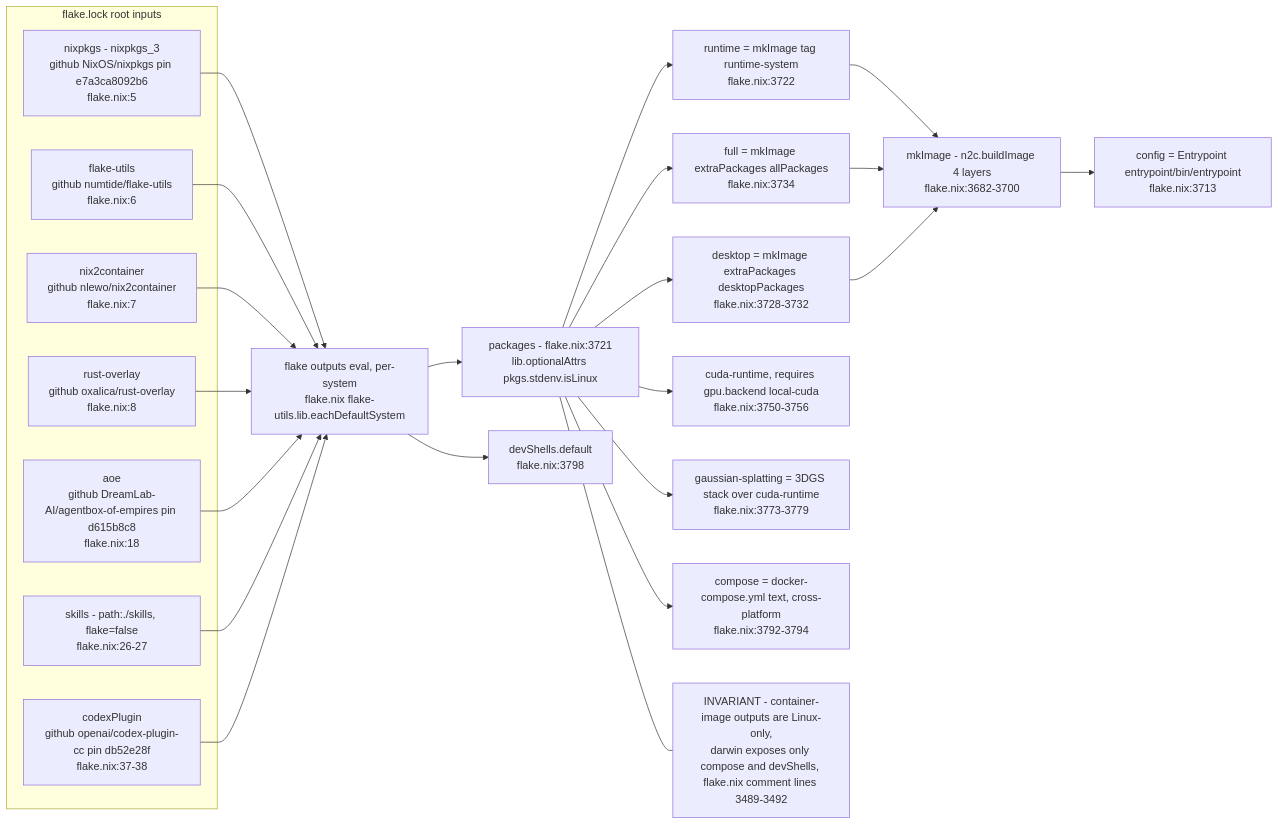
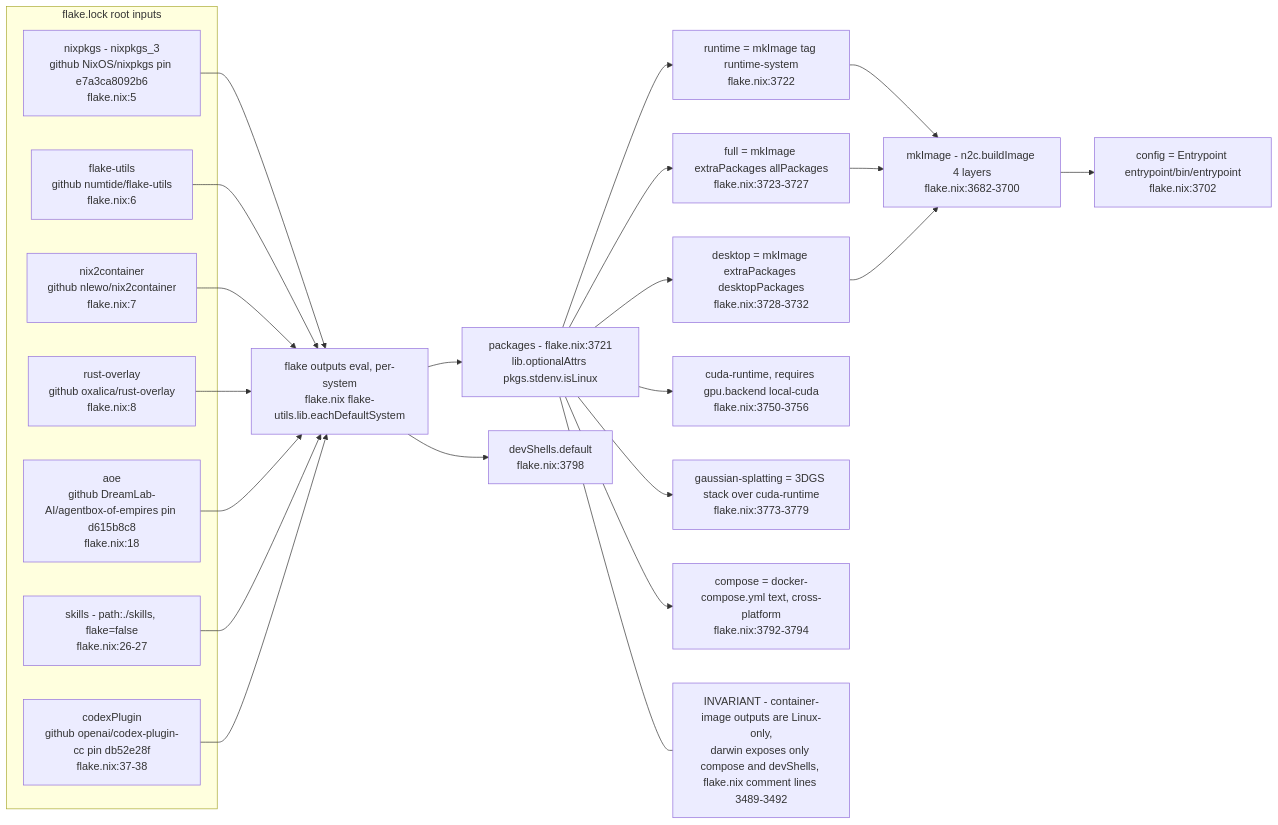
One commit to DreamLab-AI/VisionFlow changed the ninth of 11 diagrams in docs/diagrams/agentbox/01-nix-flake-composition.md. Above: the diagram before and after it, drawn with Mermaid. The commit also changed other lines of this file and 25 other files, not shown here.

````diff
--- a/docs/diagrams/agentbox/01-nix-flake-composition.md
+++ b/docs/diagrams/agentbox/01-nix-flake-composition.md
@@ -361,39 +361,39 @@
 ```mermaid
 flowchart LR
     subgraph INPUTS["flake.lock root inputs"]
         NIXPKGS["nixpkgs - nixpkgs_3<br/>github NixOS/nixpkgs pin e7a3ca8092b6<br/>flake.nix:5"]
         FU["flake-utils<br/>github numtide/flake-utils<br/>flake.nix:6"]
         N2C["nix2container<br/>github nlewo/nix2container<br/>flake.nix:7"]
         RO["rust-overlay<br/>github oxalica/rust-overlay<br/>flake.nix:8"]
         AOE["aoe<br/>github DreamLab-AI/agentbox-of-empires pin d615b8c8<br/>flake.nix:18"]
         SKILLS["skills - path:./skills, flake=false<br/>flake.nix:26-27"]
         CODEX["codexPlugin<br/>github openai/codex-plugin-cc pin db52e28f<br/>flake.nix:37-38"]
     end
 
     NIXPKGS --> EVAL["flake outputs eval, per-system<br/>flake.nix flake-utils.lib.eachDefaultSystem"]
     FU --> EVAL
     N2C --> EVAL
     RO --> EVAL
     AOE --> EVAL
     SKILLS --> EVAL
     CODEX --> EVAL
 
     EVAL --> PACKAGES["packages - flake.nix:3721<br/>lib.optionalAttrs pkgs.stdenv.isLinux"]
     EVAL --> DEVSHELL["devShells.default<br/>flake.nix:3798"]
 
     PACKAGES --> RUNTIME["runtime = mkImage tag runtime-system<br/>flake.nix:3722"]
-    PACKAGES --> FULL["full = mkImage extraPackages allPackages<br/>flake.nix:3734"]
+    PACKAGES --> FULL["full = mkImage extraPackages allPackages<br/>flake.nix:3723-3727"]
     PACKAGES --> DESKTOP["desktop = mkImage extraPackages desktopPackages<br/>flake.nix:3728-3732"]
     PACKAGES --> CUDART["cuda-runtime, requires gpu.backend local-cuda<br/>flake.nix:3750-3756"]
     PACKAGES --> GSPLAT["gaussian-splatting = 3DGS stack over cuda-runtime<br/>flake.nix:3773-3779"]
     PACKAGES --> COMPOSE["compose = docker-compose.yml text, cross-platform<br/>flake.nix:3792-3794"]
 
     RUNTIME --> MKIMG["mkImage - n2c.buildImage 4 layers<br/>flake.nix:3682-3700"]
     FULL --> MKIMG
     DESKTOP --> MKIMG
 
-    MKIMG --> ENTRYPOINT["config = Entrypoint entrypoint/bin/entrypoint<br/>flake.nix:3713"]
+    MKIMG --> ENTRYPOINT["config = Entrypoint entrypoint/bin/entrypoint<br/>flake.nix:3702"]
 
     NOTE1["INVARIANT - container-image outputs are Linux-only,<br/>darwin exposes only compose and devShells, flake.nix comment lines 3489-3492"]
     PACKAGES --- NOTE1
 ```
````
